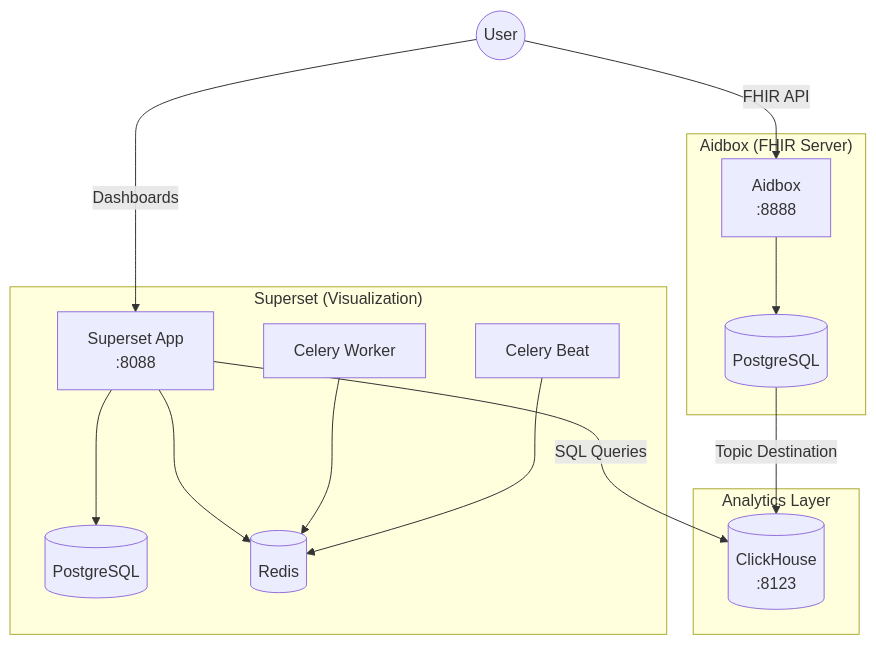
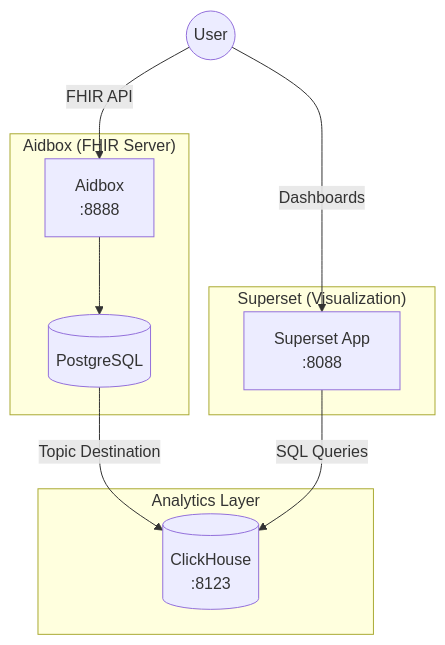
One commit to Aidbox/examples changed the diagram in aidbox-integrations/clickhouse-superset/README.md. Above: the diagram before and after it, drawn with Mermaid. The commit also changed 1 other file, not shown here.

````diff
--- a/aidbox-integrations/clickhouse-superset/README.md
+++ b/aidbox-integrations/clickhouse-superset/README.md
@@ -11,31 +11,22 @@
 ```mermaid
 flowchart TB
     subgraph Aidbox["Aidbox (FHIR Server)"]
         AidboxApp[Aidbox<br/>:8888]
         AidboxDB[(PostgreSQL)]
         AidboxApp --> AidboxDB
     end
 
     subgraph Analytics["Analytics Layer"]
         ClickHouse[(ClickHouse<br/>:8123)]
     end
 
     subgraph Superset["Superset (Visualization)"]
         SupersetApp[Superset App<br/>:8088]
-        SupersetWorker[Celery Worker]
-        SupersetBeat[Celery Beat]
-        SupersetDB[(PostgreSQL)]
-        Redis[(Redis)]
-
-        SupersetApp --> SupersetDB
-        SupersetApp --> Redis
-        SupersetWorker --> Redis
-        SupersetBeat --> Redis
     end
 
     AidboxDB -->|Topic Destination| ClickHouse
     SupersetApp -->|SQL Queries| ClickHouse
 
     User((User)) -->|FHIR API| AidboxApp
     User -->|Dashboards| SupersetApp
 ```
````
